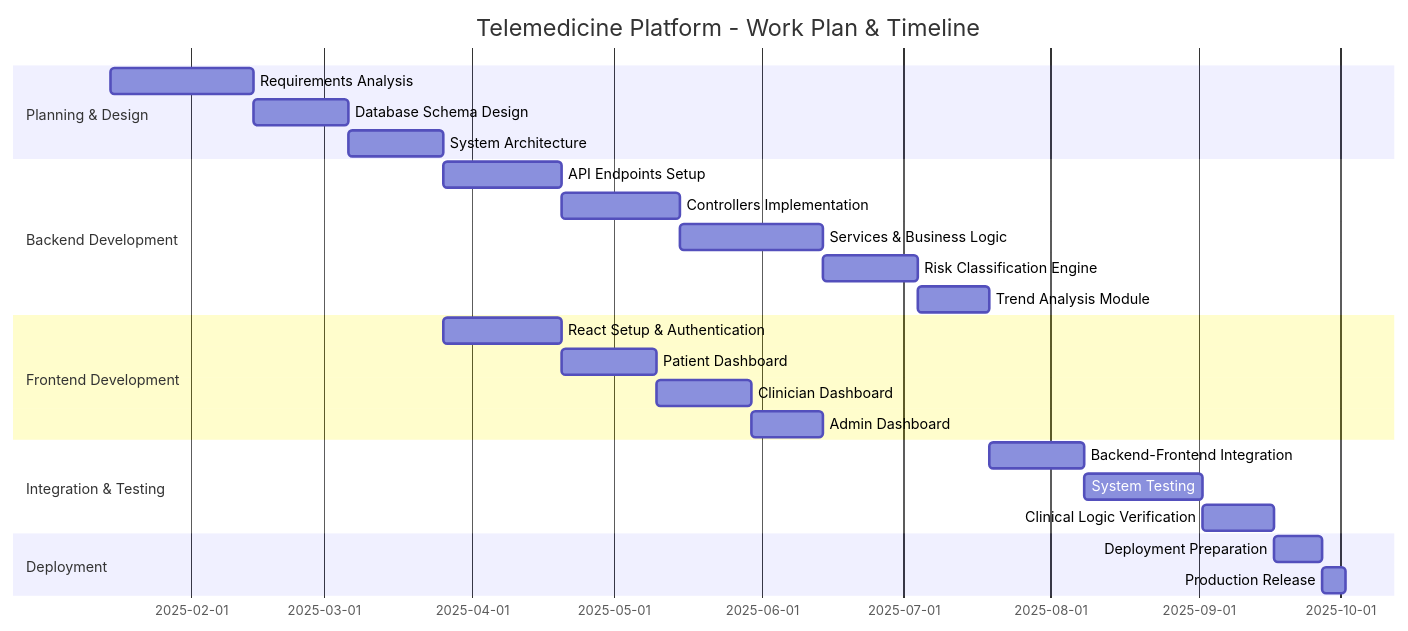
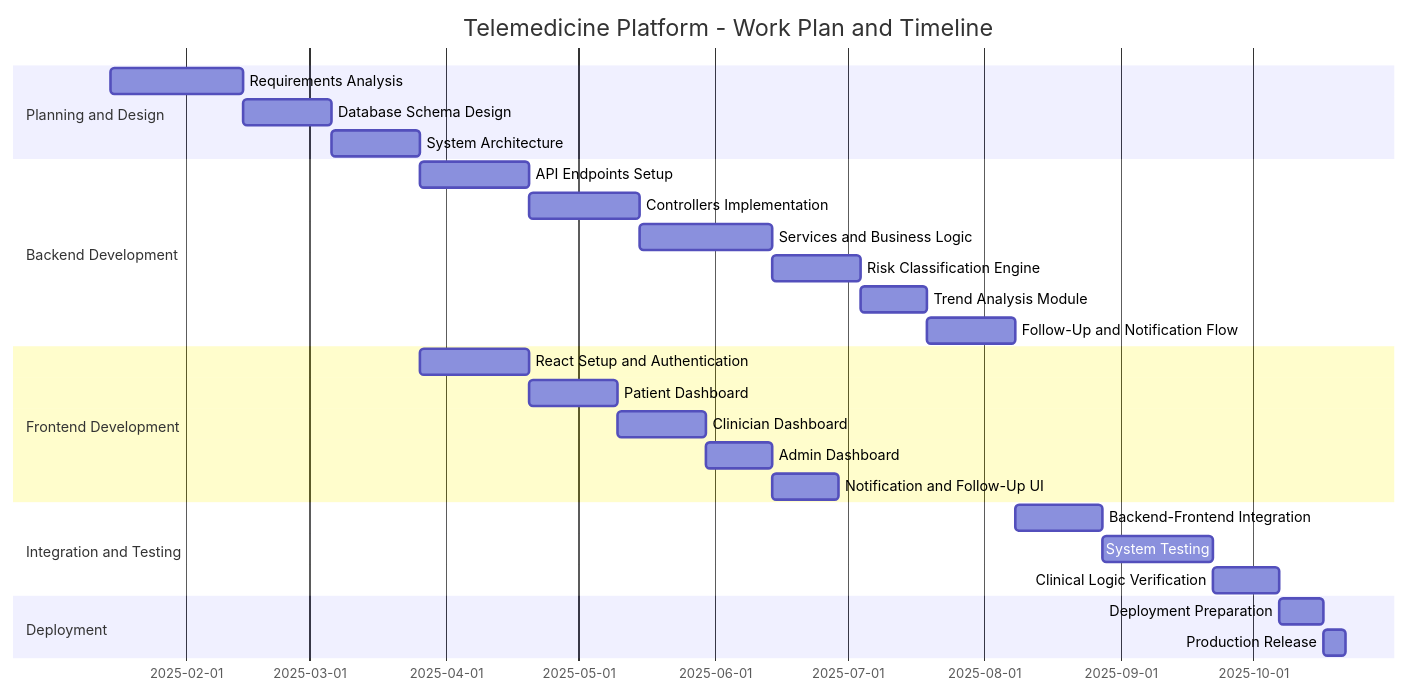
The first of 9 diagrams in MERMAID_DIAGRAMS.md (Mkayzw/backend), drawn with Mermaid before and after one commit. The commit also changed other lines of this file and 53 other files, not shown here.

````diff
--- a/MERMAID_DIAGRAMS.md
+++ b/MERMAID_DIAGRAMS.md
@@ -9,32 +9,34 @@
 ```mermaid
 gantt
-    title Telemedicine Platform - Work Plan & Timeline
+    title Telemedicine Platform - Work Plan and Timeline
     dateFormat YYYY-MM-DD
-    
-    section Planning & Design
+
+    section Planning and Design
     Requirements Analysis           :des1, 2025-01-15, 30d
     Database Schema Design          :des2, after des1, 20d
     System Architecture             :des3, after des2, 20d
-    
+
     section Backend Development
     API Endpoints Setup             :dev1, after des3, 25d
     Controllers Implementation      :dev2, after dev1, 25d
-    Services & Business Logic       :dev3, after dev2, 30d
+    Services and Business Logic     :dev3, after dev2, 30d
     Risk Classification Engine      :dev4, after dev3, 20d
     Trend Analysis Module           :dev5, after dev4, 15d
-    
+    Follow-Up and Notification Flow :dev6, after dev5, 20d
+
     section Frontend Development
-    React Setup & Authentication    :front1, after des3, 25d
+    React Setup and Authentication  :front1, after des3, 25d
     Patient Dashboard               :front2, after front1, 20d
     Clinician Dashboard             :front3, after front2, 20d
     Admin Dashboard                 :front4, after front3, 15d
-    
-    section Integration & Testing
-    Backend-Frontend Integration    :test1, after dev5, 20d
+    Notification and Follow-Up UI   :front5, after front4, 15d
+
+    section Integration and Testing
+    Backend-Frontend Integration    :test1, after dev6, 20d
     System Testing                  :test2, after test1, 25d
     Clinical Logic Verification     :test3, after test2, 15d
-    
+
     section Deployment
     Deployment Preparation          :deploy1, after test3, 10d
     Production Release              :deploy2, after deploy1, 5d
 ```
````
